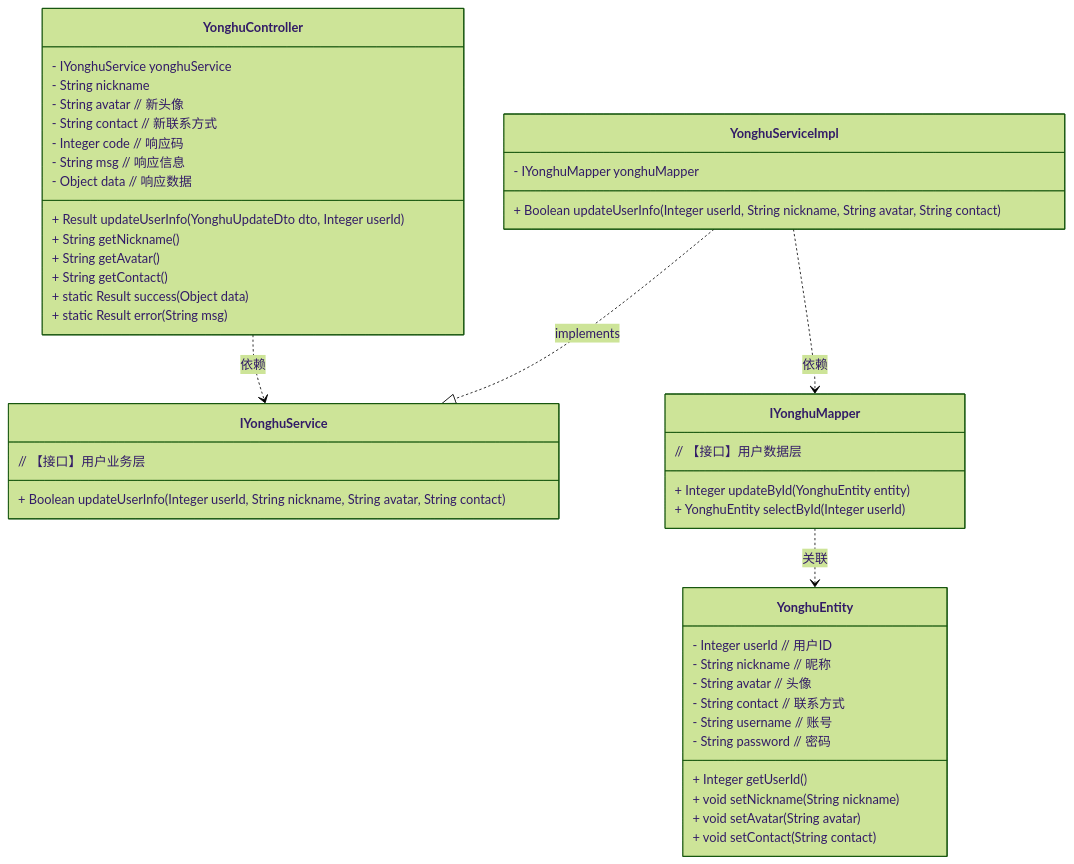
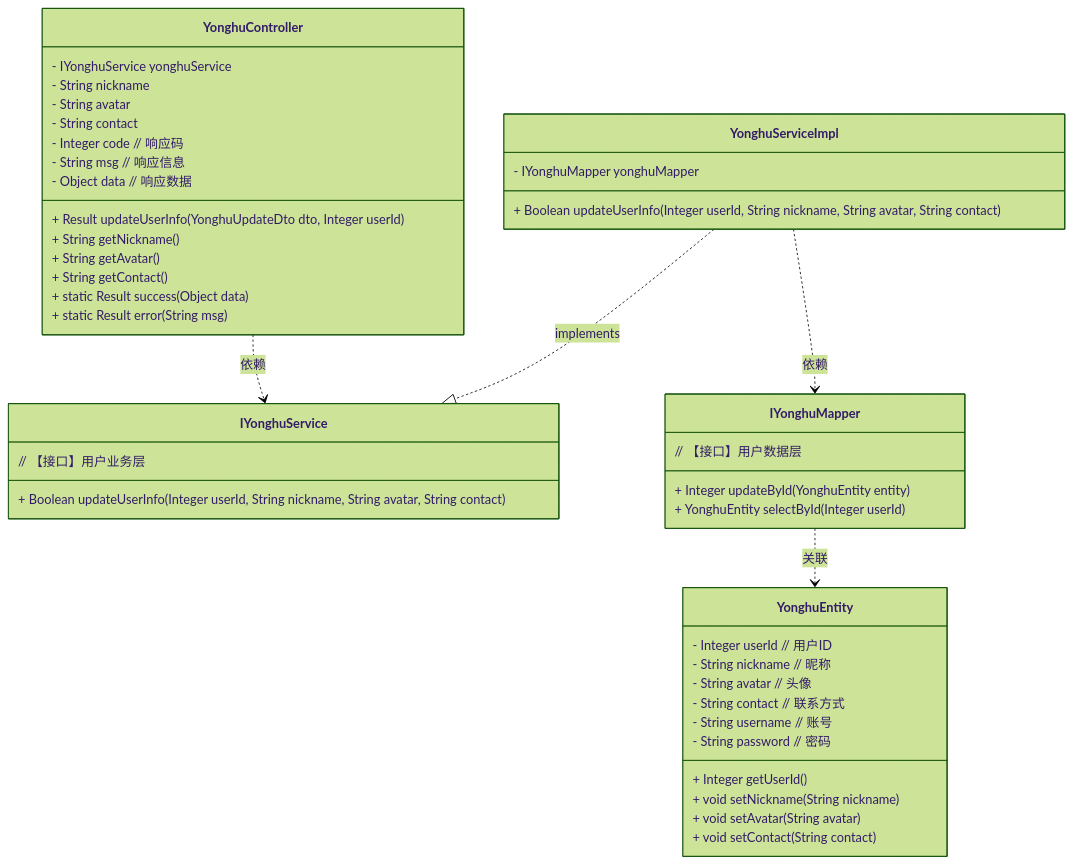
The diagram in all/未命名-6.md (DEbalanceUX/iodraw-files), drawn with Mermaid (forest theme) before and after one commit.

Commit message:
2025-12-26 03:45:49 update

````diff
--- a/all/未命名-6.md
+++ b/all/未命名-6.md
@@ -1,64 +1,64 @@
 ```mermaid
 classDiagram
     %% 关系定义（仅用Class+implements）
     YonghuServiceImpl ..|> IYonghuService : implements
     YonghuController ..> IYonghuService : 依赖
     YonghuServiceImpl ..> IYonghuMapper : 依赖
     IYonghuMapper ..> YonghuEntity : 关联
 
     %% Controller层
     class YonghuController {
         - IYonghuService yonghuService
         + Result updateUserInfo(YonghuUpdateDto dto, Integer userId)
         
         
             - String nickname      
-            - String avatar         // 新头像
-            - String contact        // 新联系方式
+            - String avatar         
+            - String contact        
             + String getNickname()
             + String getAvatar()
             + String getContact()
         
         
     
             - Integer code          // 响应码
             - String msg            // 响应信息
             - Object data           // 响应数据
             + static Result success(Object data)
             + static Result error(String msg)
         
     }
 
     %% Service接口（伪装为Class，注释说明是接口）
     class IYonghuService {
         // 【接口】用户业务层
         + Boolean updateUserInfo(Integer userId, String nickname, String avatar, String contact)
     }
 
     %% Service实现类
     class YonghuServiceImpl {
         - IYonghuMapper yonghuMapper
         + Boolean updateUserInfo(Integer userId, String nickname, String avatar, String contact)
     }
 
     %% Mapper接口（伪装为Class，注释说明是接口）
     class IYonghuMapper {
         // 【接口】用户数据层
         + Integer updateById(YonghuEntity entity)
         + YonghuEntity selectById(Integer userId)
     }
 
     %% Entity层
     class YonghuEntity {
         - Integer userId        // 用户ID
         - String nickname       // 昵称
         - String avatar         // 头像
         - String contact        // 联系方式
         - String username       // 账号
         - String password       // 密码
         + Integer getUserId()
         + void setNickname(String nickname)
         + void setAvatar(String avatar)
         + void setContact(String contact)
     }
 ```
````
